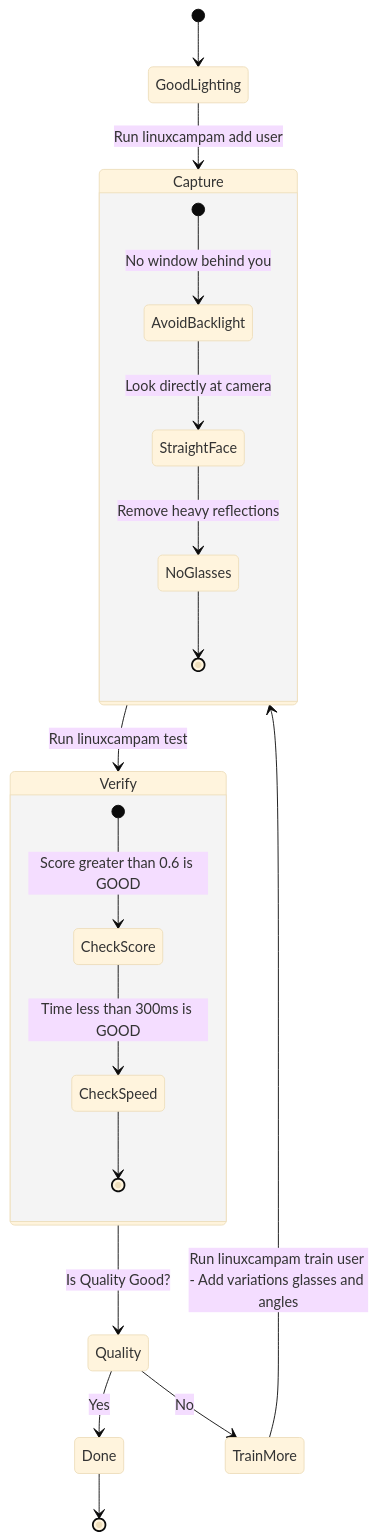
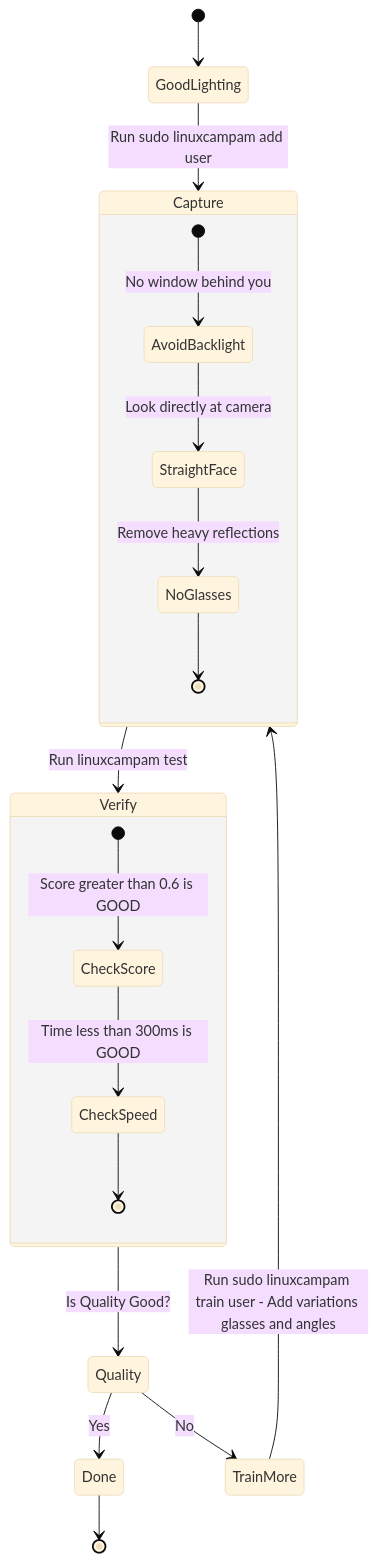
Before and after one commit to Vladush/LinuxCamPAM: the fourth of 4 diagrams in docs/USER_FLOWS.md, drawn with Mermaid (base theme). The commit also changed other lines of this file and 4 other files, not shown here.

````diff
--- a/docs/USER_FLOWS.md
+++ b/docs/USER_FLOWS.md
@@ -102,27 +102,27 @@
 ```mermaid
 stateDiagram-v2
     [*] --> GoodLighting
-    GoodLighting --> Capture: Run linuxcampam add user
+    GoodLighting --> Capture: Run sudo linuxcampam add user
     
     state Capture {
         [*] --> AvoidBacklight: No window behind you
         AvoidBacklight --> StraightFace: Look directly at camera
         StraightFace --> NoGlasses: Remove heavy reflections
         NoGlasses --> [*]
     }
     
     Capture --> Verify: Run linuxcampam test
     
     state Verify {
         [*] --> CheckScore: Score greater than 0.6 is GOOD
         CheckScore --> CheckSpeed: Time less than 300ms is GOOD
         CheckSpeed --> [*]
     }
     
     Verify --> Quality: Is Quality Good?
     Quality --> Done: Yes
     Quality --> TrainMore: No
     
-    TrainMore --> Capture: Run linuxcampam train user - Add variations glasses and angles
+    TrainMore --> Capture: Run sudo linuxcampam train user - Add variations glasses and angles
     Done --> [*]
 ```
````
